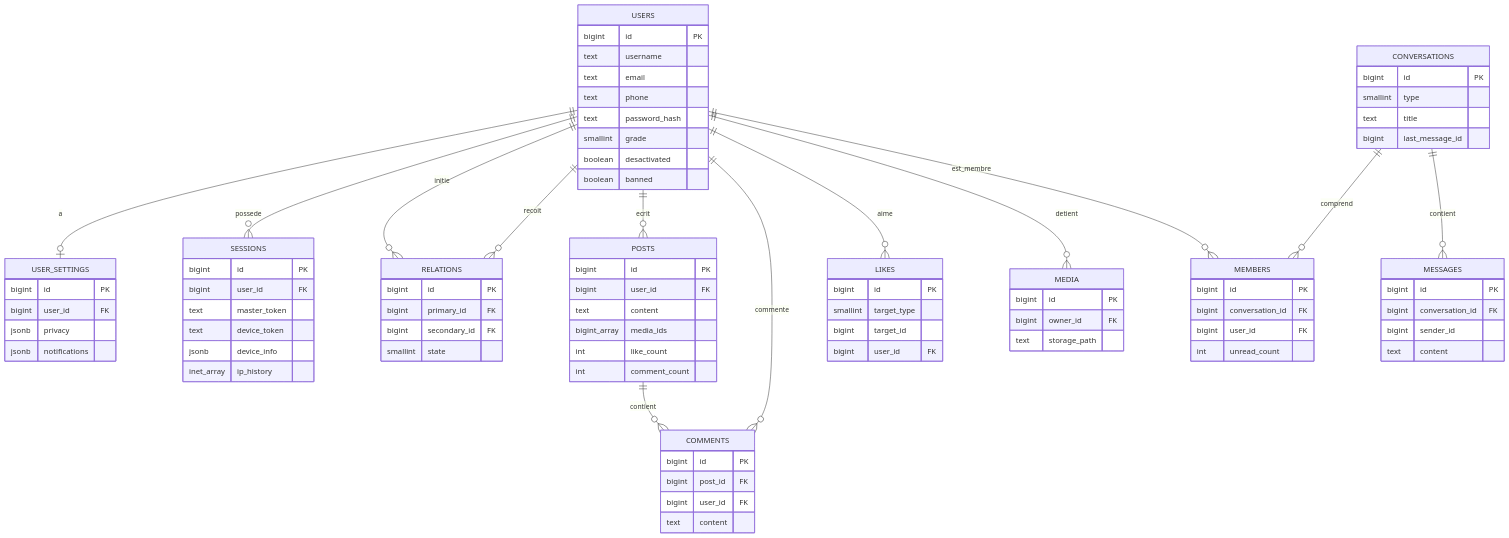
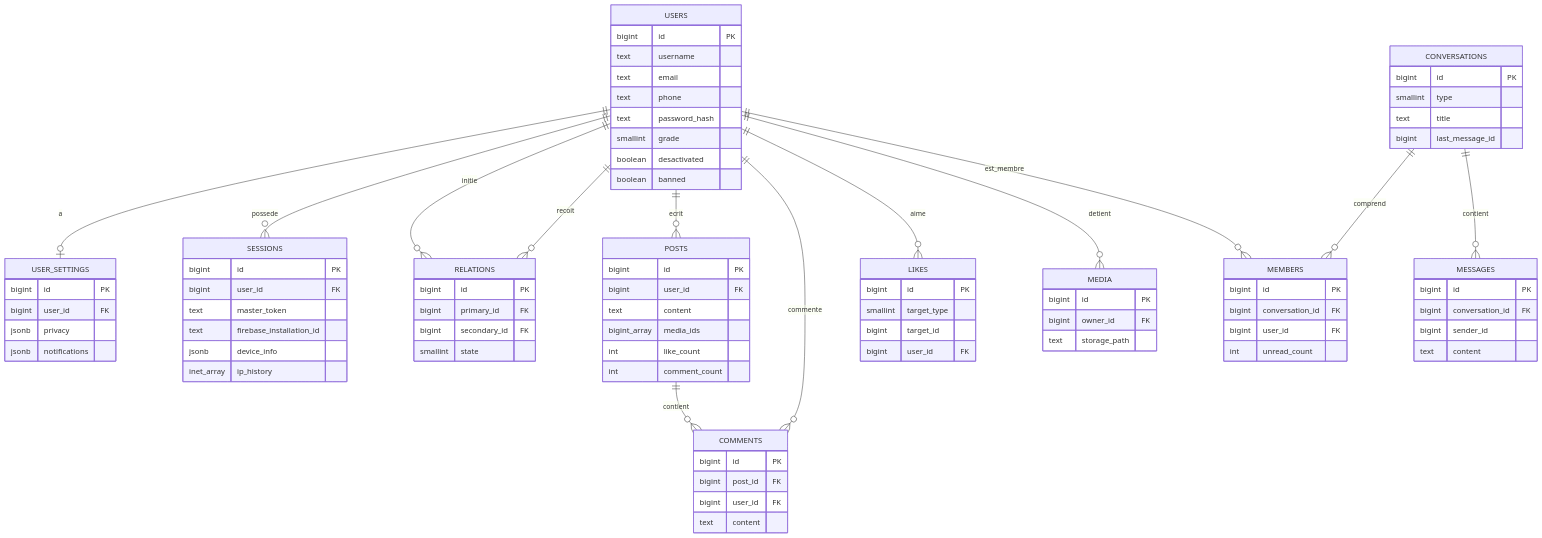
The diagram in README.md (QuentinRegnier/nubo-backend), drawn with Mermaid before and after one commit. The commit also changed other lines of this file and 232 other files, not shown here.

```diff
--- a/README.md
+++ b/README.md
@@ -306,7 +306,7 @@
         bigint id PK
         bigint user_id FK
         text master_token
-        text device_token
+        text firebase_installation_id
         jsonb device_info
         inet_array ip_history
     }
```
